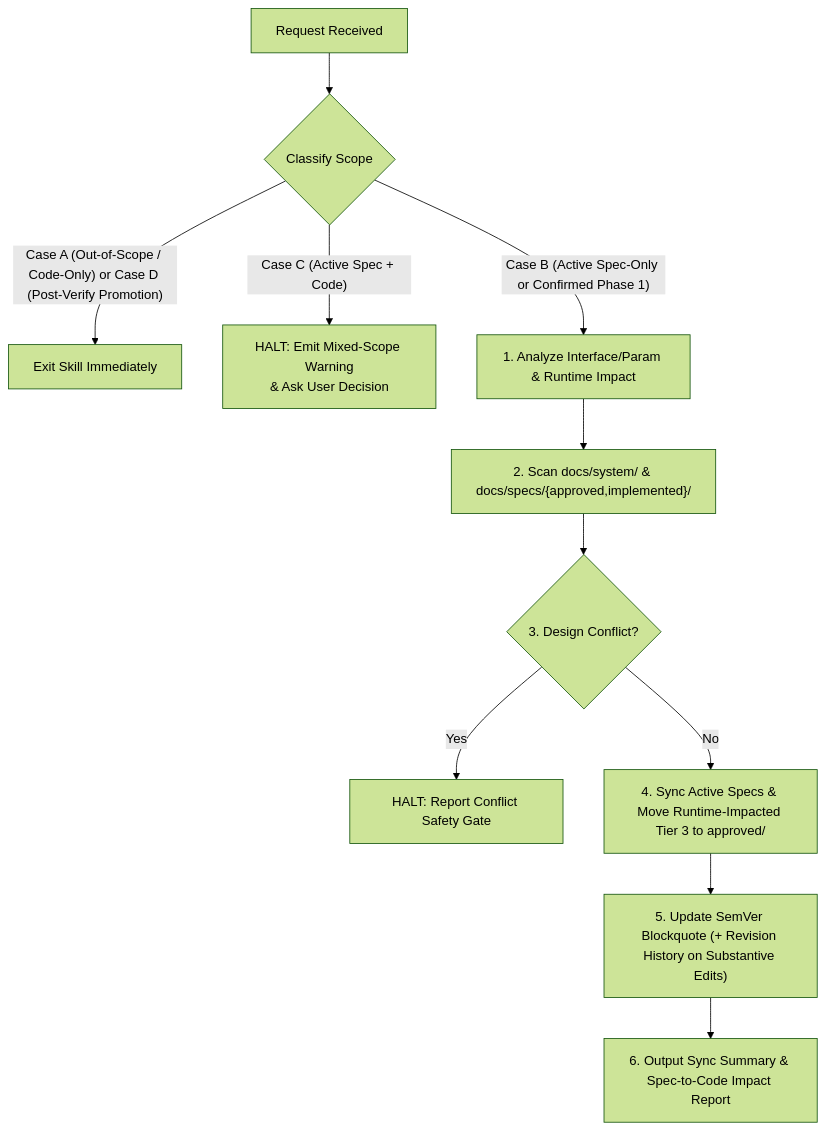
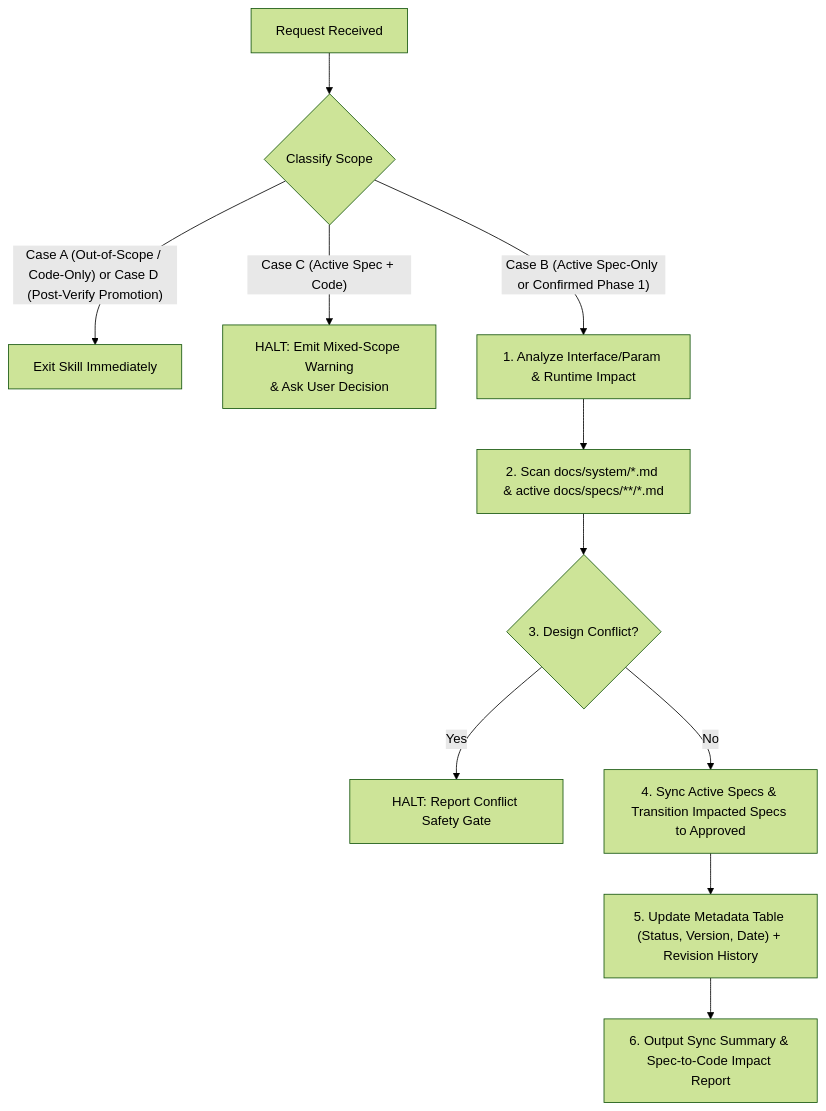
The diagram in .agent/skills/specification-lifecycle-manager/SKILL.md (Polimachi/Aeroneutics_Autopilot), drawn with Mermaid (forest theme) before and after one commit. The commit also changed other lines of this file and 90 other files, not shown here.

Commit message:
refactor(system): consolidate 0_infra, migrate SAS to FCP, and adopt single-tier specs

````diff
--- a/.agent/skills/specification-lifecycle-manager/SKILL.md
+++ b/.agent/skills/specification-lifecycle-manager/SKILL.md
@@ -108,13 +118,13 @@
 ```mermaid
 flowchart TD
     Start["Request Received"] --> Gate{"Classify Scope"}
     Gate -- "Case A (Out-of-Scope / Code-Only) or Case D (Post-Verify Promotion)" --> Exit["Exit Skill Immediately"]
     Gate -- "Case C (Active Spec + Code)" --> Warn["HALT: Emit Mixed-Scope Warning<br/>& Ask User Decision"]
     Gate -- "Case B (Active Spec-Only or Confirmed Phase 1)" --> Impact["1. Analyze Interface/Param & Runtime Impact"]
-    Impact --> Scan["2. Scan docs/system/ & docs/specs/{approved,implemented}/"]
+    Impact --> Scan["2. Scan docs/system/*.md & active docs/specs/**/*.md"]
     Scan --> Conflict{"3. Design Conflict?"}
     Conflict -- "Yes" --> StopConflict["HALT: Report Conflict Safety Gate"]
-    Conflict -- "No" --> Sync["4. Sync Active Specs & Move Runtime-Impacted Tier 3 to approved/"]
-    Sync --> Meta["5. Update SemVer Blockquote (+ Revision History on Substantive Edits)"]
+    Conflict -- "No" --> Sync["4. Sync Active Specs & Transition Impacted Specs to Approved"]
+    Sync --> Meta["5. Update Metadata Table (Status, Version, Date) + Revision History"]
     Meta --> Report["6. Output Sync Summary & Spec-to-Code Impact Report"]
 ```
````
